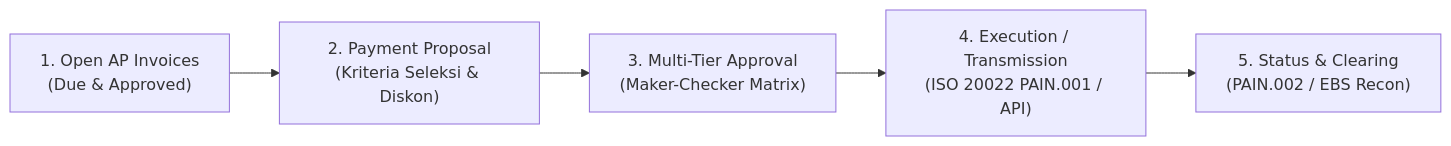
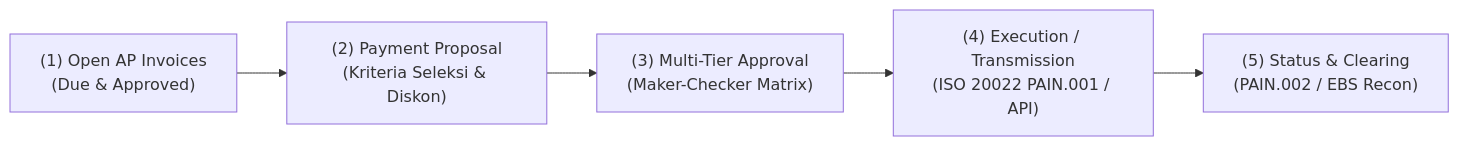
One commit to alimurrofid/erp-notes changed the first of 2 diagrams in content/07-finance/payment-and-cash-disbursement.md. Above: the diagram before and after it, drawn with Mermaid. The commit also changed 132 other files, not shown here.

````diff
--- a/content/07-finance/payment-and-cash-disbursement.md
+++ b/content/07-finance/payment-and-cash-disbursement.md
@@ -9,7 +9,7 @@
 ```mermaid
 flowchart LR
-    Inv["1. Open AP Invoices<br/>(Due & Approved)"] --> Prop["2. Payment Proposal<br/>(Kriteria Seleksi & Diskon)"]
-    Prop --> Appr["3. Multi-Tier Approval<br/>(Maker-Checker Matrix)"]
-    Appr --> Exec["4. Execution / Transmission<br/>(ISO 20022 PAIN.001 / API)"]
-    Exec --> Stat["5. Status & Clearing<br/>(PAIN.002 / EBS Recon)"]
+    Inv["(1) Open AP Invoices<br/>(Due & Approved)"] --> Prop["(2) Payment Proposal<br/>(Kriteria Seleksi & Diskon)"]
+    Prop --> Appr["(3) Multi-Tier Approval<br/>(Maker-Checker Matrix)"]
+    Appr --> Exec["(4) Execution / Transmission<br/>(ISO 20022 PAIN.001 / API)"]
+    Exec --> Stat["(5) Status & Clearing<br/>(PAIN.002 / EBS Recon)"]
 ```
````
